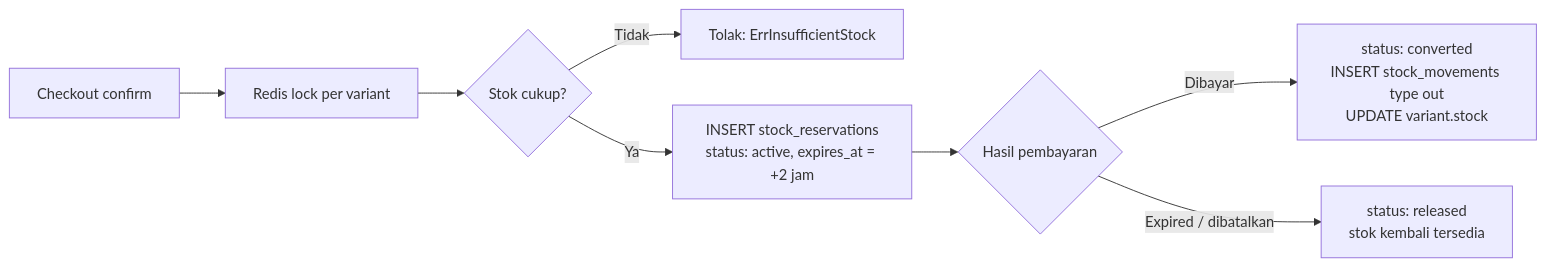
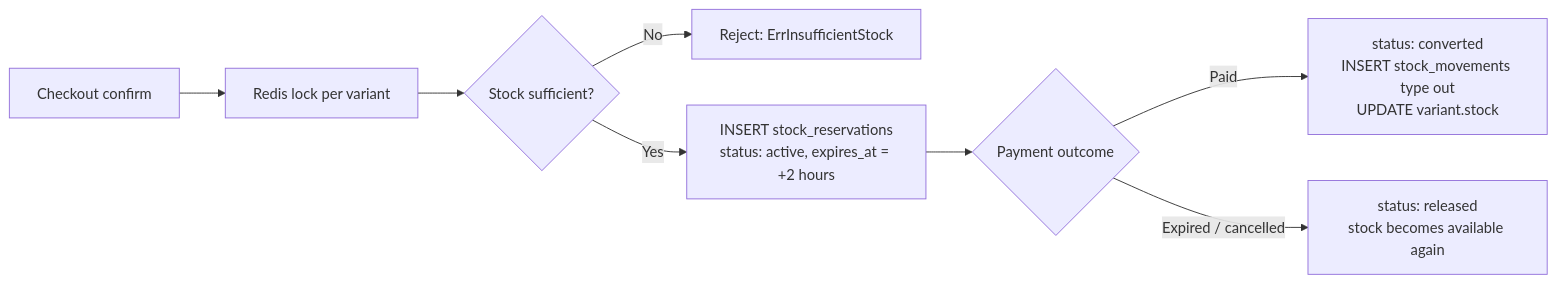
Before and after one commit to erdinhrmwn/bangunin-project: the eighth of 10 diagrams in docs/erd.md, drawn with Mermaid. The commit also changed other lines of this file and 2 other files, not shown here.

First line of the commit message:
docs: translate erd, requirements, struktur-project to English

````diff
--- a/docs/erd.md
+++ b/docs/erd.md
@@ -472,10 +472,10 @@
 ```mermaid
 flowchart LR
     A[Checkout confirm] --> B[Redis lock per variant]
-    B --> C{Stok cukup?}
-    C -- Tidak --> D[Tolak: ErrInsufficientStock]
-    C -- Ya --> E[INSERT stock_reservations\nstatus: active, expires_at = +2 jam]
-    E --> F{Hasil pembayaran}
-    F -- Dibayar --> G[status: converted\nINSERT stock_movements type out\nUPDATE variant.stock]
-    F -- Expired / dibatalkan --> H[status: released\nstok kembali tersedia]
+    B --> C{Stock sufficient?}
+    C -- No --> D[Reject: ErrInsufficientStock]
+    C -- Yes --> E[INSERT stock_reservations\nstatus: active, expires_at = +2 hours]
+    E --> F{Payment outcome}
+    F -- Paid --> G[status: converted\nINSERT stock_movements type out\nUPDATE variant.stock]
+    F -- Expired / cancelled --> H[status: released\nstock becomes available again]
 ```
````
